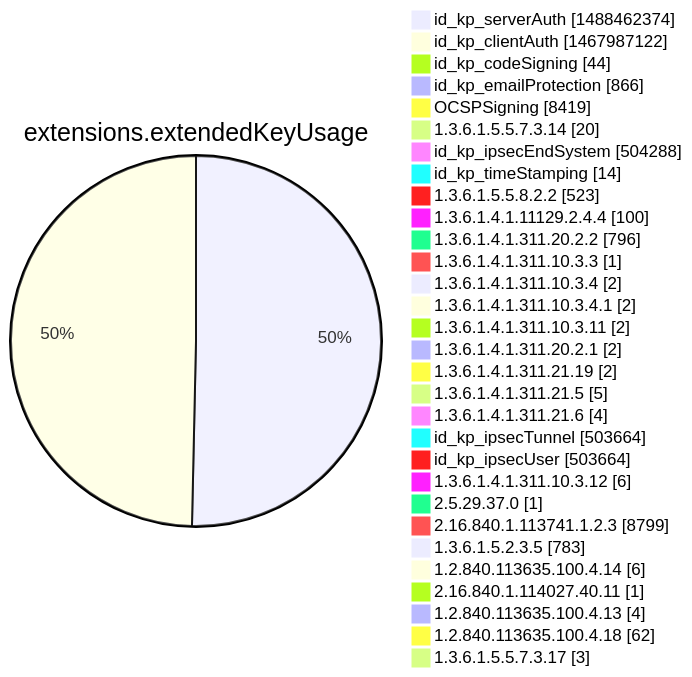
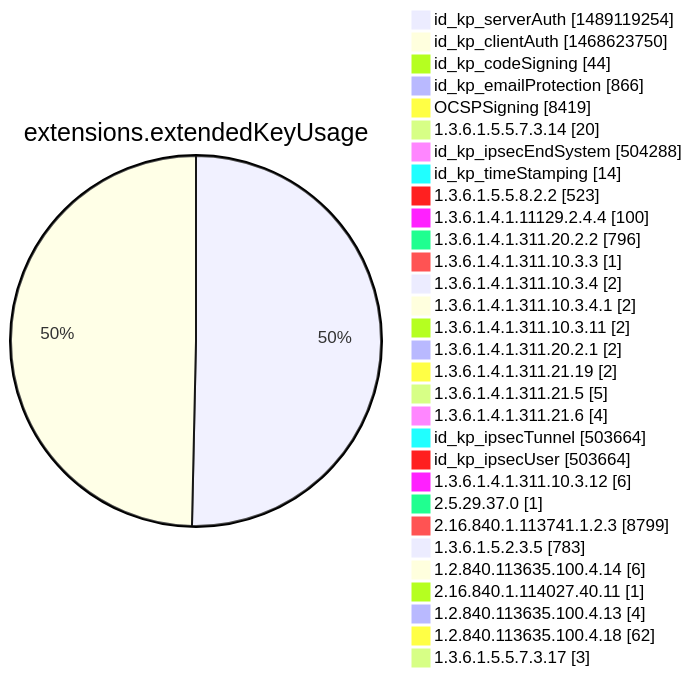
One commit to christiankrug/ctmonitor_visualization changed diagram 12 of 15 in argon2022/README.md. Above: the diagram before and after it, drawn with Mermaid. The commit also changed other lines of this file, not shown here.

````diff
--- a/argon2022/README.md
+++ b/argon2022/README.md
@@ -3555,34 +3555,34 @@
 ```mermaid
 pie showData
 title extensions.extendedKeyUsage
-"id_kp_serverAuth" :1488462374
-"id_kp_clientAuth" :1467987122
+"id_kp_serverAuth" :1489119254
+"id_kp_clientAuth" :1468623750
 "id_kp_codeSigning" :44
 "id_kp_emailProtection" :866
 "OCSPSigning" :8419
 "1.3.6.1.5.5.7.3.14" :20
 "id_kp_ipsecEndSystem" :504288
 "id_kp_timeStamping" :14
 "1.3.6.1.5.5.8.2.2" :523
 "1.3.6.1.4.1.11129.2.4.4" :100
 "1.3.6.1.4.1.311.20.2.2" :796
 "1.3.6.1.4.1.311.10.3.3" :1
 "1.3.6.1.4.1.311.10.3.4" :2
 "1.3.6.1.4.1.311.10.3.4.1" :2
 "1.3.6.1.4.1.311.10.3.11" :2
 "1.3.6.1.4.1.311.20.2.1" :2
 "1.3.6.1.4.1.311.21.19" :2
 "1.3.6.1.4.1.311.21.5" :5
 "1.3.6.1.4.1.311.21.6" :4
 "id_kp_ipsecTunnel" :503664
 "id_kp_ipsecUser" :503664
 "1.3.6.1.4.1.311.10.3.12" :6
 "2.5.29.37.0" :1
 "2.16.840.1.113741.1.2.3" :8799
 "1.3.6.1.5.2.3.5" :783
 "1.2.840.113635.100.4.14" :6
 "2.16.840.1.114027.40.11" :1
 "1.2.840.113635.100.4.13" :4
 "1.2.840.113635.100.4.18" :62
 "1.3.6.1.5.5.7.3.17" :3
 ```
````
